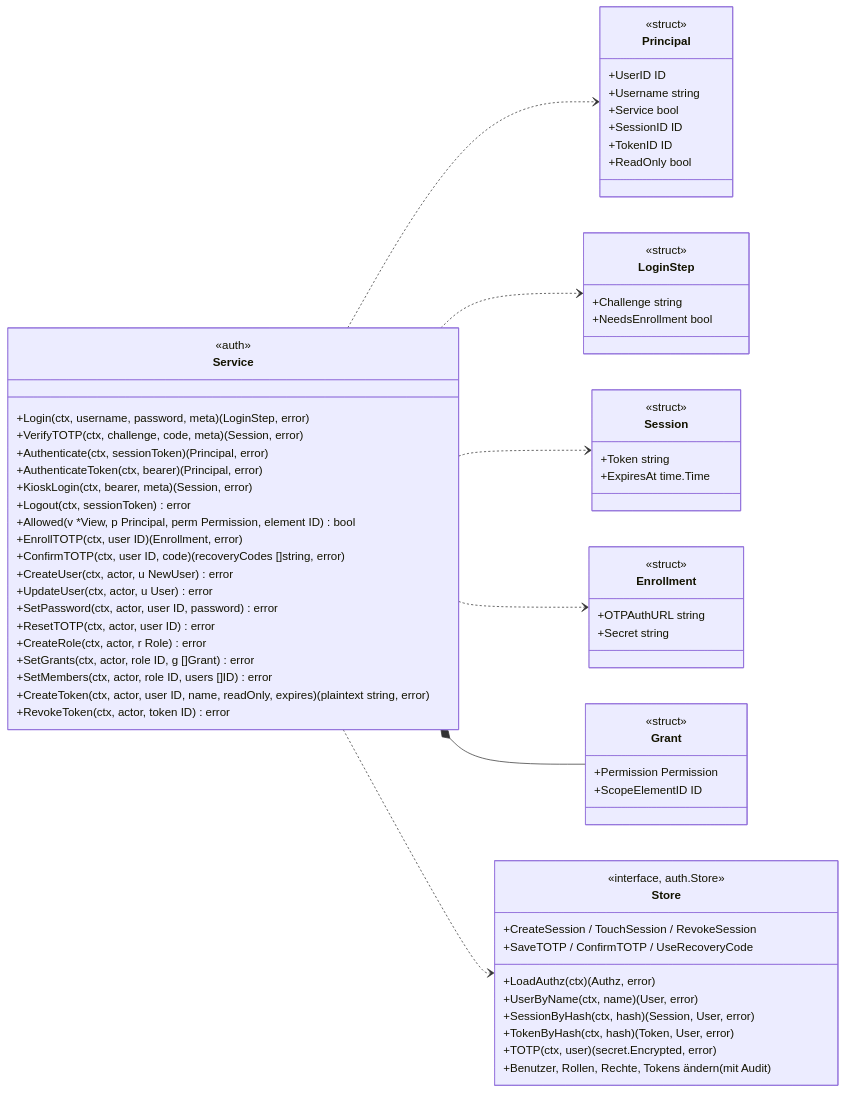
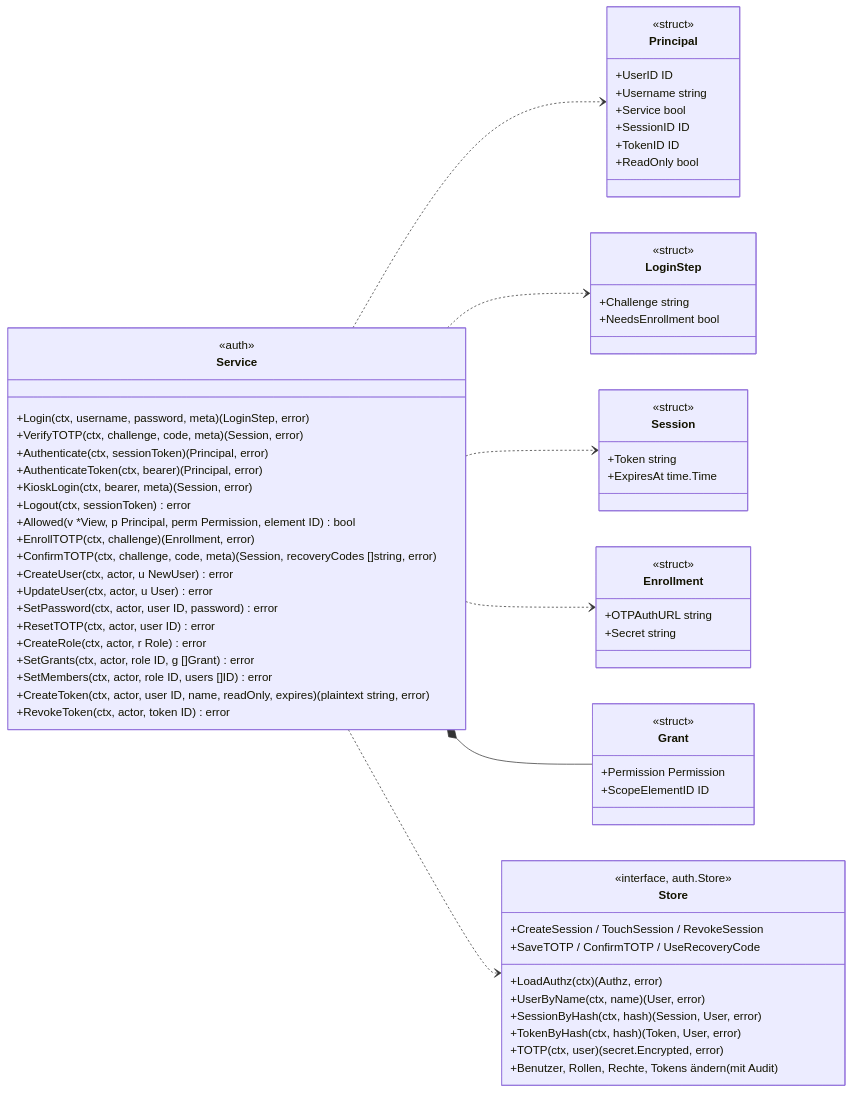
The first of 5 diagrams in docs/contracts/auth.md (lukirs95/monika), drawn with Mermaid before and after one commit. The commit also changed other lines of this file and 9 other files, not shown here.

````diff
--- a/docs/contracts/auth.md
+++ b/docs/contracts/auth.md
@@ -18,73 +18,73 @@
 ```mermaid
 classDiagram
     direction LR
 
     class Service {
         <<auth>>
         +Login(ctx, username, password, meta) (LoginStep, error)
         +VerifyTOTP(ctx, challenge, code, meta) (Session, error)
         +Authenticate(ctx, sessionToken) (Principal, error)
         +AuthenticateToken(ctx, bearer) (Principal, error)
         +KioskLogin(ctx, bearer, meta) (Session, error)
         +Logout(ctx, sessionToken) error
         +Allowed(v *View, p Principal, perm Permission, element ID) bool
-        +EnrollTOTP(ctx, user ID) (Enrollment, error)
-        +ConfirmTOTP(ctx, user ID, code) (recoveryCodes []string, error)
+        +EnrollTOTP(ctx, challenge) (Enrollment, error)
+        +ConfirmTOTP(ctx, challenge, code, meta) (Session, recoveryCodes []string, error)
         +CreateUser(ctx, actor, u NewUser) error
         +UpdateUser(ctx, actor, u User) error
         +SetPassword(ctx, actor, user ID, password) error
         +ResetTOTP(ctx, actor, user ID) error
         +CreateRole(ctx, actor, r Role) error
         +SetGrants(ctx, actor, role ID, g []Grant) error
         +SetMembers(ctx, actor, role ID, users []ID) error
         +CreateToken(ctx, actor, user ID, name, readOnly, expires) (plaintext string, error)
         +RevokeToken(ctx, actor, token ID) error
     }
     class Principal {
         <<struct>>
         +UserID ID
         +Username string
         +Service bool
         +SessionID ID
         +TokenID ID
         +ReadOnly bool
     }
     class LoginStep {
         <<struct>>
         +Challenge string
         +NeedsEnrollment bool
     }
     class Session {
         <<struct>>
         +Token string
         +ExpiresAt time.Time
     }
     class Enrollment {
         <<struct>>
         +OTPAuthURL string
         +Secret string
     }
     class Grant {
         <<struct>>
         +Permission Permission
         +ScopeElementID ID
     }
     class Store {
         <<interface, auth.Store>>
         +LoadAuthz(ctx) (Authz, error)
         +UserByName(ctx, name) (User, error)
         +CreateSession / TouchSession / RevokeSession
         +SessionByHash(ctx, hash) (Session, User, error)
         +TokenByHash(ctx, hash) (Token, User, error)
         +TOTP(ctx, user) (secret.Encrypted, error)
         +SaveTOTP / ConfirmTOTP / UseRecoveryCode
         +Benutzer, Rollen, Rechte, Tokens ändern (mit Audit)
     }
 
     Service ..> Principal
     Service ..> LoginStep
     Service ..> Session
     Service ..> Enrollment
     Service *-- Grant
     Service ..> Store
 ```
````
